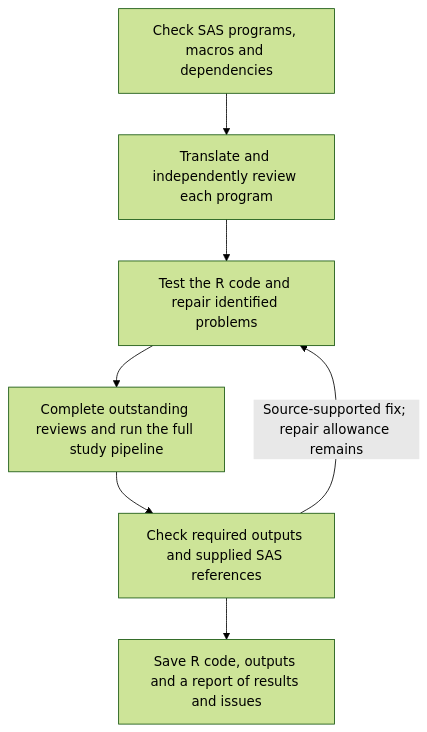
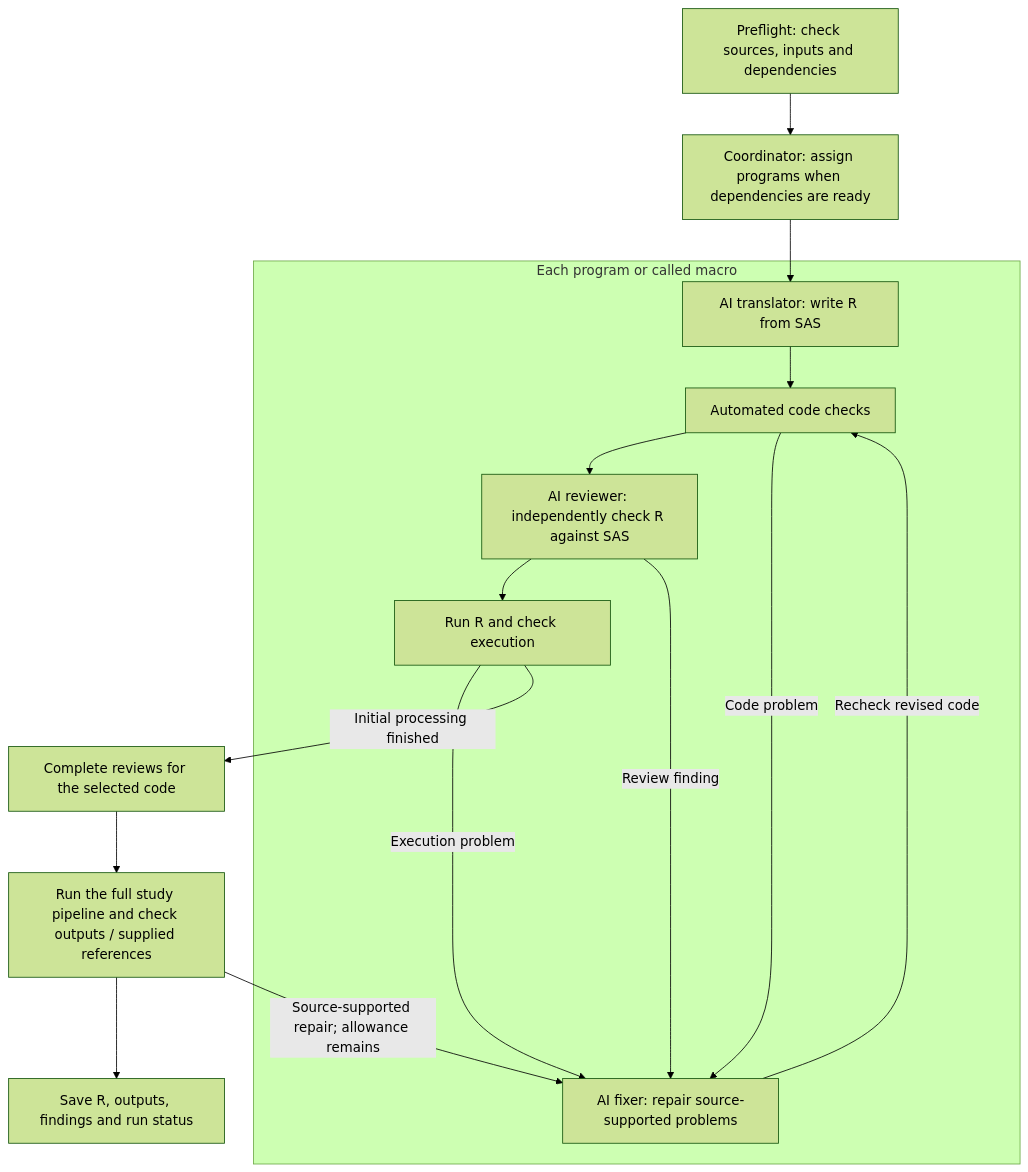
One commit to songyue-chen/sas2r changed the diagram in README.md. Above: the diagram before and after it, drawn with Mermaid (forest theme). The commit also changed other lines of this file and 1 other file, not shown here.

````diff
--- a/README.md
+++ b/README.md
@@ -26,9 +28,18 @@
 ```mermaid
 flowchart TD
-    source["Check SAS programs, macros and dependencies"] --> translate["Translate and independently review each program"]
-    translate --> test["Test the R code and repair identified problems"]
-    test --> run["Complete outstanding reviews and run the full study pipeline"]
-    run --> check["Check required outputs and supplied SAS references"]
-    check --> report["Save R code, outputs and a report of results and issues"]
-    check -->|"Source-supported fix; repair allowance remains"| test
+    source["Preflight: check sources, inputs and dependencies"] --> coordinator["Coordinator: assign programs when dependencies are ready"]
+    coordinator --> translator
+    subgraph program["Each program or called macro"]
+        translator["AI translator: write R from SAS"] --> checks["Automated code checks"]
+        checks --> reviewer["AI reviewer: independently check R against SAS"]
+        reviewer --> execution["Run R and check execution"]
+        checks -->|"Code problem"| fixer["AI fixer: repair source-supported problems"]
+        reviewer -->|"Review finding"| fixer
+        execution -->|"Execution problem"| fixer
+        fixer -->|"Recheck revised code"| checks
+    end
+    execution -->|"Initial processing finished"| final_review["Complete reviews for the selected code"]
+    final_review --> study["Run the full study pipeline and check outputs / supplied references"]
+    study -->|"Source-supported repair; allowance remains"| fixer
+    study --> report["Save R, outputs, findings and run status"]
 ```
````
